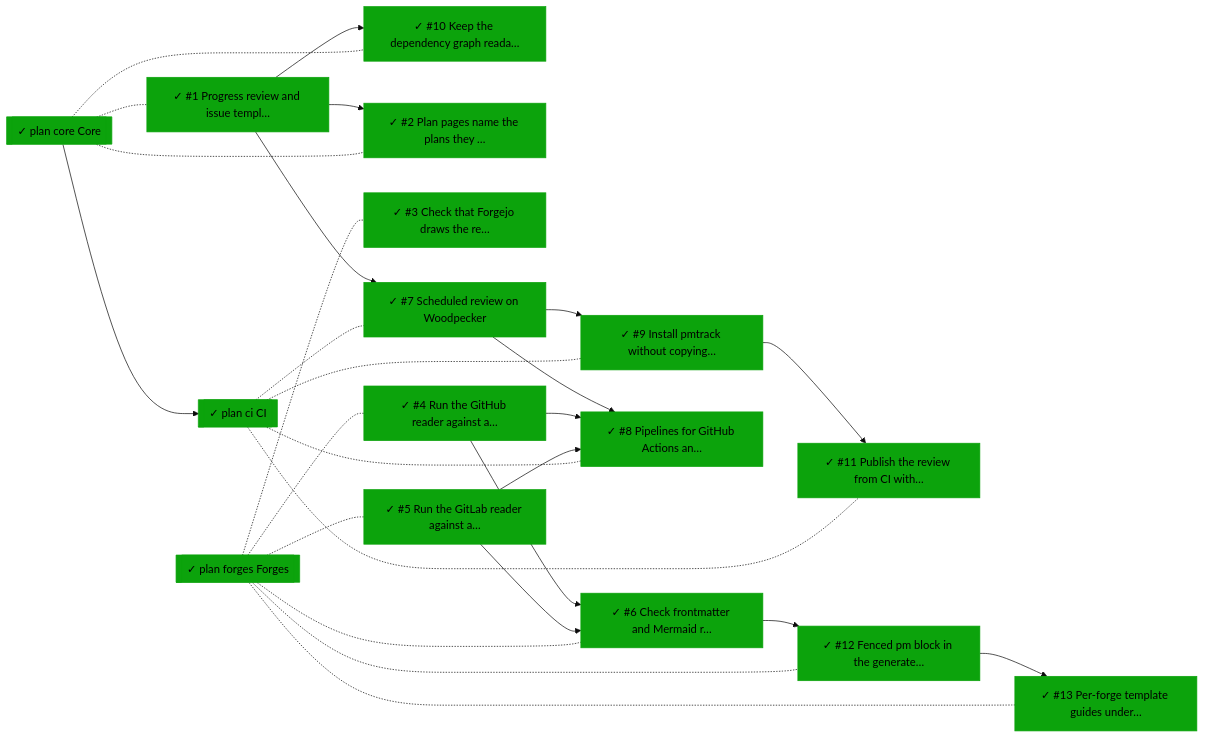
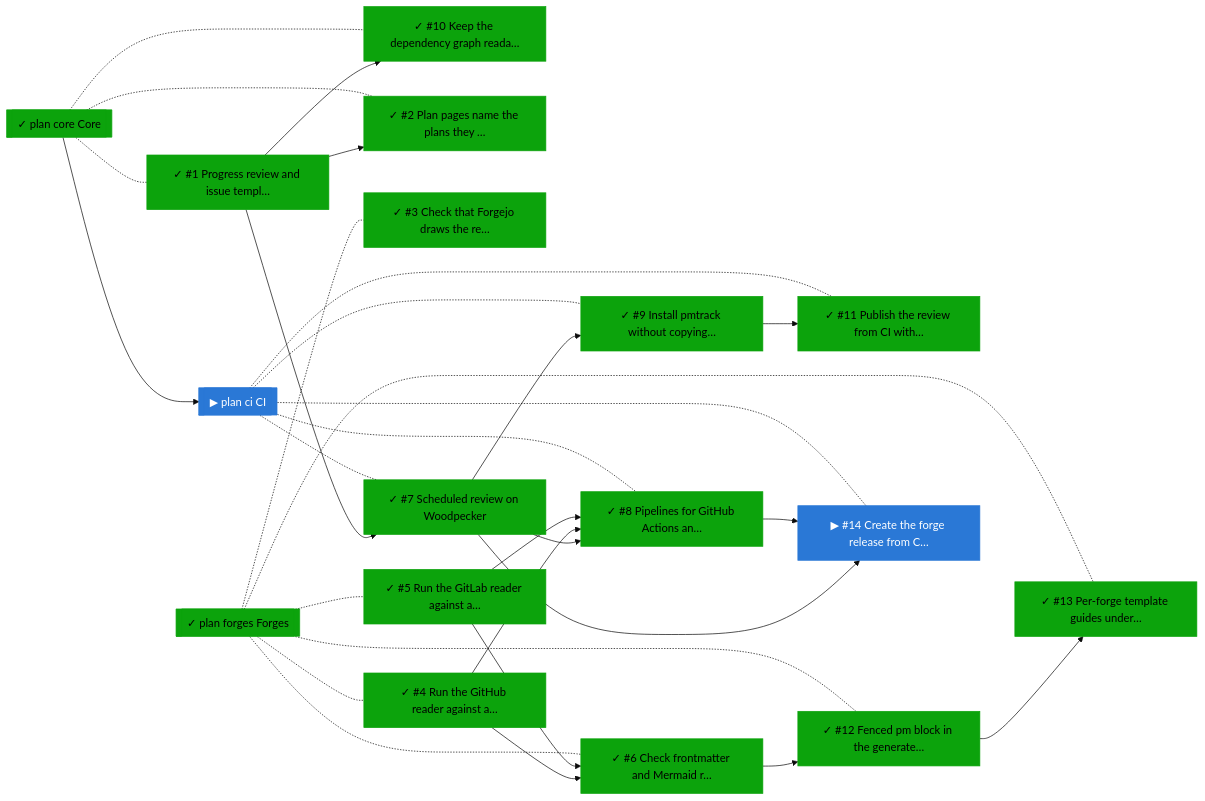
One commit to bvraghav/pmtrack changed the fourth of 5 diagrams in README.md. Above: the diagram before and after it, drawn with Mermaid (base theme). The commit also changed other lines of this file and 4 other files, not shown here.

````diff
--- a/README.md
+++ b/README.md
@@ -77,51 +79,55 @@
 ```mermaid
 flowchart LR
   n0["✓ #1 Progress review and issue templ…"]:::done
   n1["✓ #10 Keep the dependency graph reada…"]:::done
   n2["✓ #11 Publish the review from CI with…"]:::done
   n3["✓ #12 Fenced pm block in the generate…"]:::done
   n4["✓ #13 Per-forge template guides under…"]:::done
-  n5["✓ #2 Plan pages name the plans they …"]:::done
-  n6["✓ #3 Check that Forgejo draws the re…"]:::done
-  n7["✓ #4 Run the GitHub reader against a…"]:::done
-  n8["✓ #5 Run the GitLab reader against a…"]:::done
-  n9["✓ #6 Check frontmatter and Mermaid r…"]:::done
-  n10["✓ #7 Scheduled review on Woodpecker"]:::done
-  n11["✓ #8 Pipelines for GitHub Actions an…"]:::done
-  n12["✓ #9 Install pmtrack without copying…"]:::done
-  n13[["✓ plan ci CI"]]:::done
-  n14[["✓ plan core Core"]]:::done
-  n15[["✓ plan forges Forges"]]:::done
+  n5["▶ #14 Create the forge release from C…"]:::active
+  n6["✓ #2 Plan pages name the plans they …"]:::done
+  n7["✓ #3 Check that Forgejo draws the re…"]:::done
+  n8["✓ #4 Run the GitHub reader against a…"]:::done
+  n9["✓ #5 Run the GitLab reader against a…"]:::done
+  n10["✓ #6 Check frontmatter and Mermaid r…"]:::done
+  n11["✓ #7 Scheduled review on Woodpecker"]:::done
+  n12["✓ #8 Pipelines for GitHub Actions an…"]:::done
+  n13["✓ #9 Install pmtrack without copying…"]:::done
+  n14[["▶ plan ci CI"]]:::active
+  n15[["✓ plan core Core"]]:::done
+  n16[["✓ plan forges Forges"]]:::done
   n0 --> n1
-  n12 --> n2
-  n9 --> n3
+  n13 --> n2
+  n10 --> n3
   n3 --> n4
-  n0 --> n5
-  n7 --> n9
-  n8 --> n9
-  n0 --> n10
-  n10 --> n11
-  n7 --> n11
-  n8 --> n11
-  n10 --> n12
-  n13 -.- n10
-  n13 -.- n11
-  n13 -.- n12
-  n13 -.- n2
-  n14 --> n13
-  n14 -.- n0
+  n11 --> n5
+  n12 --> n5
+  n0 --> n6
+  n8 --> n10
+  n9 --> n10
+  n0 --> n11
+  n11 --> n12
+  n8 --> n12
+  n9 --> n12
+  n11 --> n13
+  n14 -.- n11
+  n14 -.- n12
+  n14 -.- n13
+  n14 -.- n2
   n14 -.- n5
-  n14 -.- n1
+  n15 --> n14
+  n15 -.- n0
   n15 -.- n6
-  n15 -.- n7
-  n15 -.- n8
-  n15 -.- n9
-  n15 -.- n3
-  n15 -.- n4
+  n15 -.- n1
+  n16 -.- n7
+  n16 -.- n8
+  n16 -.- n9
+  n16 -.- n10
+  n16 -.- n3
+  n16 -.- n4
   classDef done fill:#0ca30c,color:#000,stroke:#0ca30c
   classDef active fill:#2a78d6,color:#fff,stroke:#2a78d6
   classDef ready fill:#eda100,color:#000,stroke:#eda100
   classDef blocked fill:#d03b3b,color:#fff,stroke:#d03b3b
   classDef unknown fill:#898781,color:#000,stroke:#898781
   classDef dropped fill:#898781,color:#000,stroke:#898781
 ```
````
